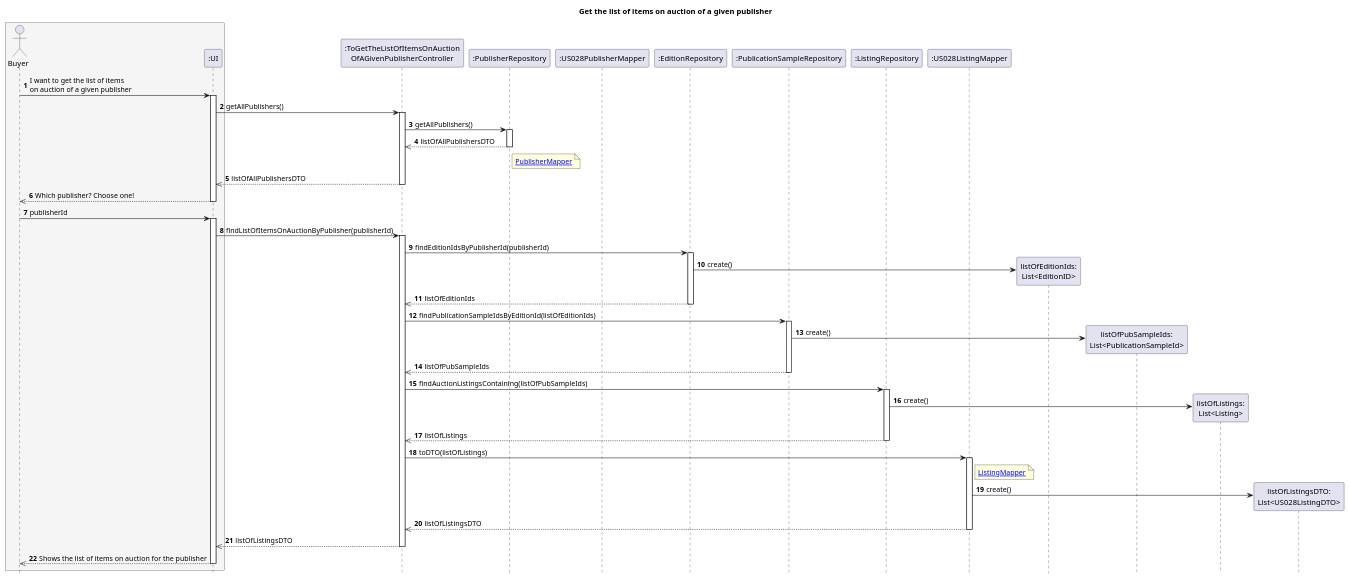
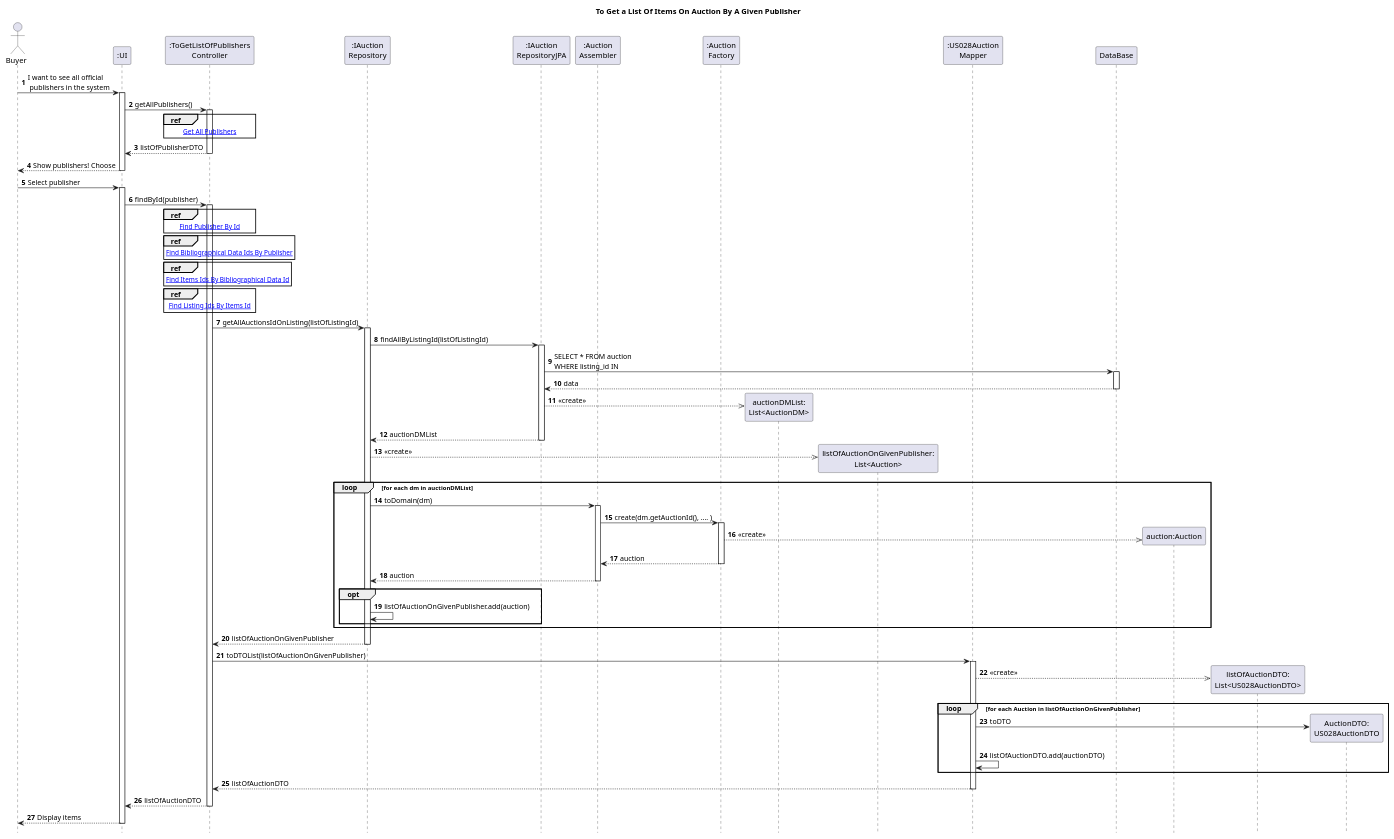
The diagram in Diagrams/SequenceDiagrams/N2/To-get-list-of-items-on-auction-of-an-given-publisher/Main.puml (AndrePereiraGitH/SWitCH-Project-Team_A), drawn with PlantUML before and after one commit. The commit also changed 8 other files, not shown here.

Commit message:
docs(#705): introduce persistence layer in to get list of items on auction of given publisher design( CD+SD)

```diff
--- a/Diagrams/SequenceDiagrams/N2/To-get-list-of-items-on-auction-of-an-given-publisher/Main.puml
+++ b/Diagrams/SequenceDiagrams/N2/To-get-list-of-items-on-auction-of-an-given-publisher/Main.puml
@@ -1,88 +1,112 @@
 @startuml
 
 hide footbox
 autonumber
-title Get the list of items on auction of a given publisher
+title To Get a List Of Items On Auction By A Given Publisher
 
-box #whitesmoke
-actor Buyer
+actor Buyer as User
+
 participant ":UI" as UI
-end box
+participant ":ToGetListOfPublishers\nController" as Controller
 
-participant ":ToGetTheListOfItemsOnAuction\nOfAGivenPublisherController" as Ctrl
-participant ":PublisherRepository" as PublisherRepo
-participant ":US028PublisherMapper" as PublisherMapper
-participant ":EditionRepository" as EditionRepo
-participant ":PublicationSampleRepository" as PubSampleRepo
-participant ":ListingRepository" as ListingRepo
-participant ":US028ListingMapper" as ListingMapper
 
-participant "listOfEditionIds:\nList<EditionID>" as ListEditionIds
-participant "listOfPubSampleIds:\nList<PublicationSampleId>" as ListPubSampleIds
-participant "listOfListings:\nList<Listing>" as ListListings
-participant "listOfListingsDTO:\nList<US028ListingDTO>" as ListListingsDTO
 
-Buyer -> UI : I want to get the list of items\non auction of a given publisher
+participant ":IAuction\nRepository" as AuctionRepo
+participant ":IAuction\nRepositoryJPA" as AJPA
+participant ":Auction\nAssembler" as AuctionAssembler
+participant ":Auction\nFactory" as Factory
+participant "auctionDMList:\nList<AuctionDM>"
+participant "listOfAuctionOnGivenPublisher:\nList<Auction>"
+participant ":US028Auction\nMapper" as AuctionMapper
+participant "DataBase" as DB
+
+
+User -> UI : I want to see all official\n publishers in the system
 activate UI
 
-UI -> Ctrl : getAllPublishers()
-activate Ctrl
-Ctrl -> PublisherRepo : getAllPublishers()
+UI -> Controller : getAllPublishers()
+activate Controller
 
-activate PublisherRepo
-PublisherRepo -->> Ctrl : listOfAllPublishersDTO
+    ref over Controller
+[[to-get-publisher.puml Get All Publishers]]
+    end ref
 
-deactivate PublisherRepo
+Controller --> UI : listOfPublisherDTO
+deactivate Controller
 
-note right of PublisherRepo
-[[PublisherMapper.puml PublisherMapper]]
-end note
-
-Ctrl -->> UI : listOfAllPublishersDTO
-deactivate Ctrl
-
-UI -->> Buyer : Which publisher? Choose one!
+UI --> User : Show publishers! Choose
 deactivate UI
-
-Buyer -> UI : publisherId
+User -> UI : Select publisher
 activate UI
 
-UI -> Ctrl : findListOfItemsOnAuctionByPublisher(publisherId)
-activate Ctrl
-
-Ctrl -> EditionRepo : findEditionIdsByPublisherId(publisherId)
-activate EditionRepo
-EditionRepo -> ListEditionIds ** : create()
+UI -> Controller : findById(publisher)
+activate Controller
+ref over Controller
+[[find-publisher-by-id.puml Find Publisher By Id]]
+end ref
 
 
-EditionRepo -->> Ctrl : listOfEditionIds
-deactivate EditionRepo
+ref over Controller
+[[find-bibliographical-data-id-by-publisher.puml Find Bibliographical Data Ids By Publisher]]
+end ref
 
-Ctrl -> PubSampleRepo : findPublicationSampleIdsByEditionId(listOfEditionIds)
-activate PubSampleRepo
-PubSampleRepo -> ListPubSampleIds ** : create()
-PubSampleRepo -->> Ctrl : listOfPubSampleIds
-deactivate PubSampleRepo
+ref over Controller
+[[find-items-id-by-bibliographical-data-id.puml Find Items Ids By Bibliographical Data Id]]
+end ref
 
-Ctrl -> ListingRepo : findAuctionListingsContaining(listOfPubSampleIds)
-activate ListingRepo
-ListingRepo -> ListListings ** : create()
-ListingRepo -->> Ctrl : listOfListings
-deactivate ListingRepo
+ref over Controller
+[[find-listing-id-by-items-id.puml Find Listing Ids By Items Id]]
+end ref
 
-Ctrl -> ListingMapper : toDTO(listOfListings)
-activate ListingMapper
-note right of ListingMapper
-[[ListingMapper.puml ListingMapper]]
-end note
-ListingMapper -> ListListingsDTO ** : create()
-ListingMapper -->> Ctrl : listOfListingsDTO
-deactivate ListingMapper
+Controller -> AuctionRepo : getAllAuctionsIdOnListing(listOfListingId)
+activate AuctionRepo
+AuctionRepo -> AJPA : findAllByListingId(listOfListingId)
+activate AJPA
+AJPA -> DB : SELECT * FROM auction\nWHERE listing_id IN
+activate DB
+DB --> AJPA : data
+deactivate DB
+AJPA -->> "auctionDMList:\nList<AuctionDM>" ** : <<create>>
+AJPA --> AuctionRepo : auctionDMList
+deactivate AJPA
 
-Ctrl -->> UI : listOfListingsDTO
-deactivate Ctrl
+AuctionRepo -->> "listOfAuctionOnGivenPublisher:\nList<Auction>" ** : <<create>>
 
-UI -->> Buyer : Shows the list of items on auction for the publisher
+loop for each dm in auctionDMList
+    AuctionRepo -> AuctionAssembler : toDomain(dm)
+    activate AuctionAssembler
+    AuctionAssembler -> Factory : create(dm.getAuctionId(), .... )
+    activate Factory
+    Factory -->> "auction:Auction" ** : <<create>>
+    Factory --> AuctionAssembler : auction
+    deactivate Factory
+    AuctionAssembler --> AuctionRepo : auction
+    deactivate AuctionAssembler
+
+    opt
+    AuctionRepo -> AuctionRepo : listOfAuctionOnGivenPublisher.add(auction)
+    end
+end
+
+AuctionRepo --> Controller : listOfAuctionOnGivenPublisher
+deactivate AuctionRepo
+
+Controller -> AuctionMapper : toDTOList(listOfAuctionOnGivenPublisher)
+activate AuctionMapper
+AuctionMapper -->> "listOfAuctionDTO:\nList<US028AuctionDTO>" ** : <<create>>
+
+loop for each Auction in listOfAuctionOnGivenPublisher
+
+    AuctionMapper -> "AuctionDTO:\nUS028AuctionDTO" ** : toDTO
+    AuctionMapper -> AuctionMapper : listOfAuctionDTO.add(auctionDTO)
+end
+AuctionMapper --> Controller : listOfAuctionDTO
+deactivate AuctionMapper
+
+Controller --> UI : listOfAuctionDTO
+deactivate Controller
+
+UI --> User : Display items
 deactivate UI
 
 @enduml
```
